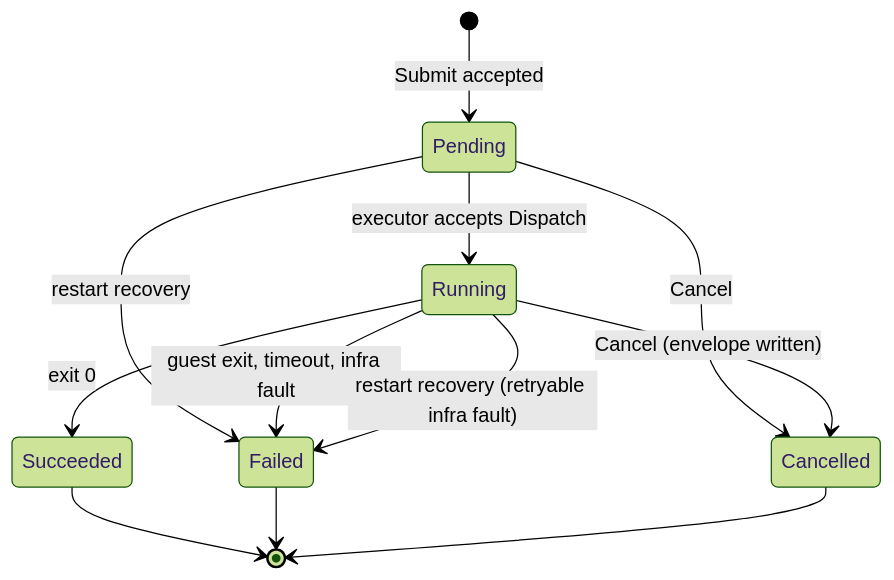
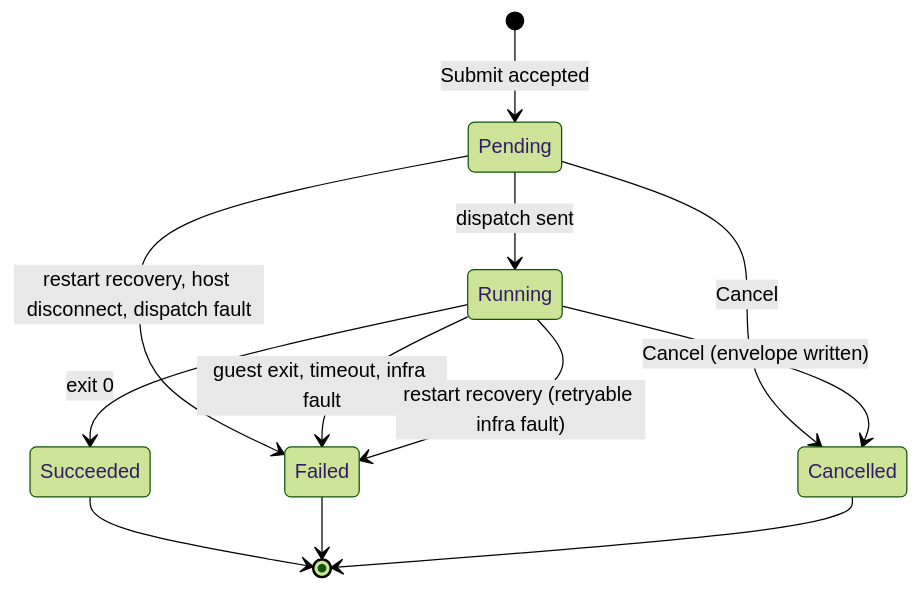
Before and after one commit to kauki-labs/sandy: the third of 8 diagrams in docs/architecture/components.md, drawn with Mermaid (forest theme). The commit also changed other lines of this file, not shown here.

First line of the commit message:
docs(architecture): correct components page after review

````diff
--- a/docs/architecture/components.md
+++ b/docs/architecture/components.md
@@ -100,14 +109,14 @@
 ```mermaid
 stateDiagram-v2
   [*] --> Pending: Submit accepted
-  Pending --> Running: executor accepts Dispatch
-  Pending --> Failed: restart recovery
+  Pending --> Running: dispatch sent
+  Pending --> Failed: restart recovery, host disconnect, dispatch fault
   Pending --> Cancelled: Cancel
   Running --> Succeeded: exit 0
   Running --> Failed: guest exit, timeout, infra fault
   Running --> Cancelled: Cancel (envelope written)
   Running --> Failed: restart recovery (retryable infra fault)
   Succeeded --> [*]
   Failed --> [*]
   Cancelled --> [*]
 ```
````
